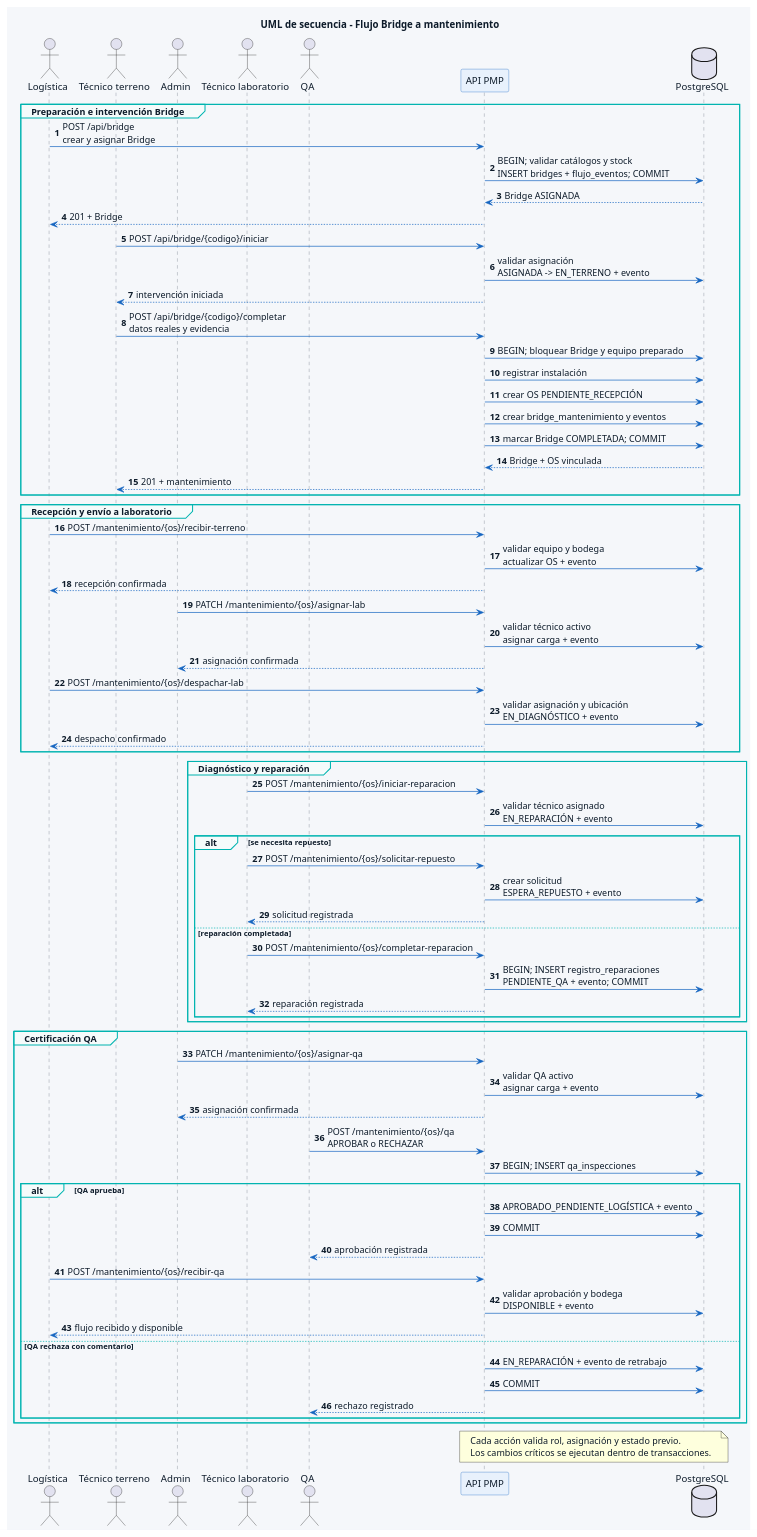
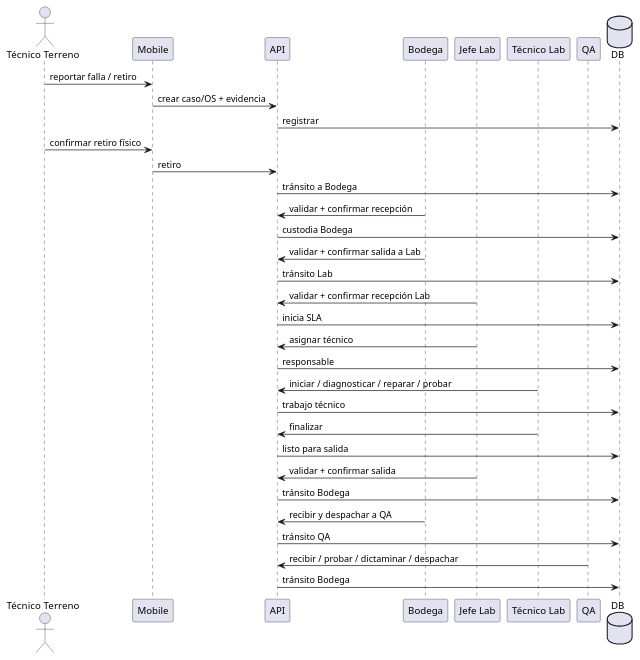
One commit to RafaOteiza/pmp-suite-capstone changed the diagram in Documentacion Capstone/Artefactos Metodologia Cascada/Diagramas_PlantUML/08_UML_Secuencia_Flujo_Principal.md. Above: the diagram before and after it, drawn with PlantUML. The commit also changed other lines of this file and 57 other files, not shown here.

````diff
--- a/Documentacion Capstone/Artefactos Metodologia Cascada/Diagramas_PlantUML/08_UML_Secuencia_Flujo_Principal.md
+++ b/Documentacion Capstone/Artefactos Metodologia Cascada/Diagramas_PlantUML/08_UML_Secuencia_Flujo_Principal.md
@@ -7,99 +3,40 @@
 ```plantuml
-@startuml PMP_Secuencia_Bridge_Mantenimiento
-title UML de secuencia - Flujo Bridge a mantenimiento
+@startuml
+actor "Técnico Terreno" as TT
+participant Mobile
+participant API
+participant Bodega
+participant "Jefe Lab" as JL
+participant "Técnico Lab" as TL
+participant QA
+database DB
 
-skinparam backgroundColor #F5F7FA
-skinparam defaultFontName Arial
-skinparam defaultFontColor #0D1B2A
-skinparam sequenceArrowColor #1565C0
-skinparam sequenceLifeLineBorderColor #6B7280
-skinparam sequenceParticipantBorderColor #1565C0
-skinparam sequenceParticipantBackgroundColor #E8F1FC
-skinparam sequenceGroupBorderColor #00B4B0
-skinparam sequenceGroupBackgroundColor #F5FBFB
-autonumber
+TT -> Mobile : reportar falla / retiro
+Mobile -> API : crear caso/OS + evidencia
+API -> DB : registrar
+TT -> Mobile : confirmar retiro físico
+Mobile -> API : retiro
+API -> DB : tránsito a Bodega
 
-actor "Logística" as LOG
-actor "Técnico terreno" as TER
-actor Admin as ADM
-actor "Técnico laboratorio" as LAB
-actor QA
-participant "API PMP" as API
-database PostgreSQL as DB
+Bodega -> API : validar + confirmar recepción
+API -> DB : custodia Bodega
+Bodega -> API : validar + confirmar salida a Lab
+API -> DB : tránsito Lab
 
-group Preparación e intervención Bridge
-  LOG -> API : POST /api/bridge\ncrear y asignar Bridge
-  API -> DB : BEGIN; validar catálogos y stock\nINSERT bridges + flujo_eventos; COMMIT
-  DB --> API : Bridge ASIGNADA
-  API --> LOG : 201 + Bridge
+JL -> API : validar + confirmar recepción Lab
+API -> DB : inicia SLA
+JL -> API : asignar técnico
+API -> DB : responsable
+TL -> API : iniciar / diagnosticar / reparar / probar
+API -> DB : trabajo técnico
+TL -> API : finalizar
+API -> DB : listo para salida
 
-  TER -> API : POST /api/bridge/{codigo}/iniciar
-  API -> DB : validar asignación\nASIGNADA -> EN_TERRENO + evento
-  API --> TER : intervención iniciada
-
-  TER -> API : POST /api/bridge/{codigo}/completar\ndatos reales y evidencia
-  API -> DB : BEGIN; bloquear Bridge y equipo preparado
-  API -> DB : registrar instalación
-  API -> DB : crear OS PENDIENTE_RECEPCIÓN
-  API -> DB : crear bridge_mantenimiento y eventos
-  API -> DB : marcar Bridge COMPLETADA; COMMIT
-  DB --> API : Bridge + OS vinculada
-  API --> TER : 201 + mantenimiento
-end
-
-group Recepción y envío a laboratorio
-  LOG -> API : POST /mantenimiento/{os}/recibir-terreno
-  API -> DB : validar equipo y bodega\nactualizar OS + evento
-  API --> LOG : recepción confirmada
-
-  ADM -> API : PATCH /mantenimiento/{os}/asignar-lab
-  API -> DB : validar técnico activo\nasignar carga + evento
-  API --> ADM : asignación confirmada
-
-  LOG -> API : POST /mantenimiento/{os}/despachar-lab
-  API -> DB : validar asignación y ubicación\nEN_DIAGNÓSTICO + evento
-  API --> LOG : despacho confirmado
-end
-
-group Diagnóstico y reparación
-  LAB -> API : POST /mantenimiento/{os}/iniciar-reparacion
-  API -> DB : validar técnico asignado\nEN_REPARACIÓN + evento
-
-  alt se necesita repuesto
-    LAB -> API : POST /mantenimiento/{os}/solicitar-repuesto
-    API -> DB : crear solicitud\nESPERA_REPUESTO + evento
-    API --> LAB : solicitud registrada
-  else reparación completada
-    LAB -> API : POST /mantenimiento/{os}/completar-reparacion
-    API -> DB : BEGIN; INSERT registro_reparaciones\nPENDIENTE_QA + evento; COMMIT
-    API --> LAB : reparación registrada
-  end
-end
-
-group Certificación QA
-  ADM -> API : PATCH /mantenimiento/{os}/asignar-qa
-  API -> DB : validar QA activo\nasignar carga + evento
-  API --> ADM : asignación confirmada
-
-  QA -> API : POST /mantenimiento/{os}/qa\nAPROBAR o RECHAZAR
-  API -> DB : BEGIN; INSERT qa_inspecciones
-  alt QA aprueba
-    API -> DB : APROBADO_PENDIENTE_LOGÍSTICA + evento
-    API -> DB : COMMIT
-    API --> QA : aprobación registrada
-    LOG -> API : POST /mantenimiento/{os}/recibir-qa
-    API -> DB : validar aprobación y bodega\nDISPONIBLE + evento
-    API --> LOG : flujo recibido y disponible
-  else QA rechaza con comentario
-    API -> DB : EN_REPARACIÓN + evento de retrabajo
-    API -> DB : COMMIT
-    API --> QA : rechazo registrado
-  end
-end
-
-note over API,DB
-Cada acción valida rol, asignación y estado previo.
-Los cambios críticos se ejecutan dentro de transacciones.
-end note
+JL -> API : validar + confirmar salida
+API -> DB : tránsito Bodega
+Bodega -> API : recibir y despachar a QA
+API -> DB : tránsito QA
+QA -> API : recibir / probar / dictaminar / despachar
+API -> DB : tránsito Bodega
 @enduml
 ```
````
